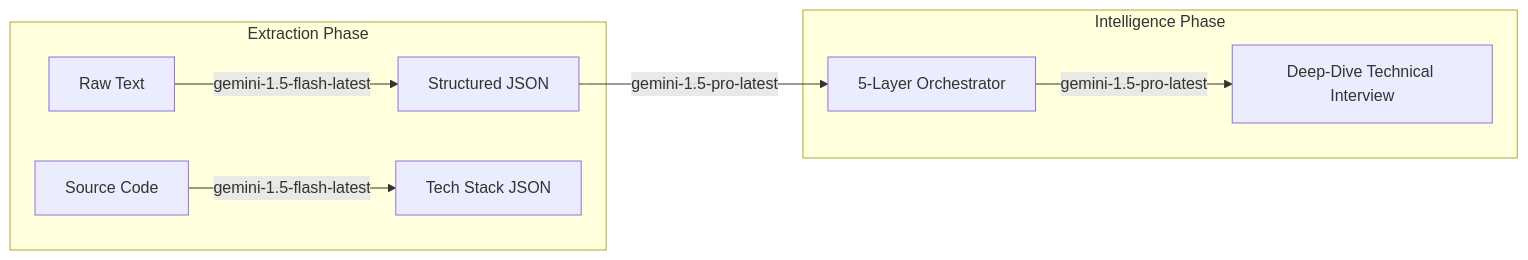
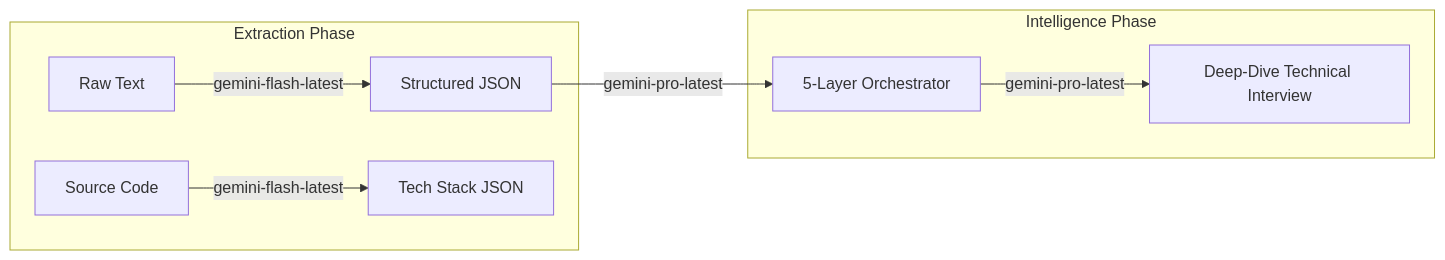
Before and after one commit to lguibr/maincurriculum: the fourth of 10 diagrams in README.md, drawn with Mermaid. The commit also changed other lines of this file and 4 other files, not shown here.

Commit message:
refactor: update Gemini model references to latest versions and standardize code formatting

````diff
--- a/README.md
+++ b/README.md
@@ -90,12 +90,12 @@
 ```mermaid
 graph LR
     subgraph Extraction Phase
-        CV[Raw Text] -->|gemini-1.5-flash-latest| JSON[Structured JSON]
-        Code[Source Code] -->|gemini-1.5-flash-latest| Skills[Tech Stack JSON]
+        CV[Raw Text] -->|gemini-flash-latest| JSON[Structured JSON]
+        Code[Source Code] -->|gemini-flash-latest| Skills[Tech Stack JSON]
     end
     
     subgraph Intelligence Phase
-        JSON -->|gemini-1.5-pro-latest| Critique[5-Layer Orchestrator]
-        Critique -->|gemini-1.5-pro-latest| Interview[Deep-Dive Technical Interview]
+        JSON -->|gemini-pro-latest| Critique[5-Layer Orchestrator]
+        Critique -->|gemini-pro-latest| Interview[Deep-Dive Technical Interview]
     end
 ```
````
